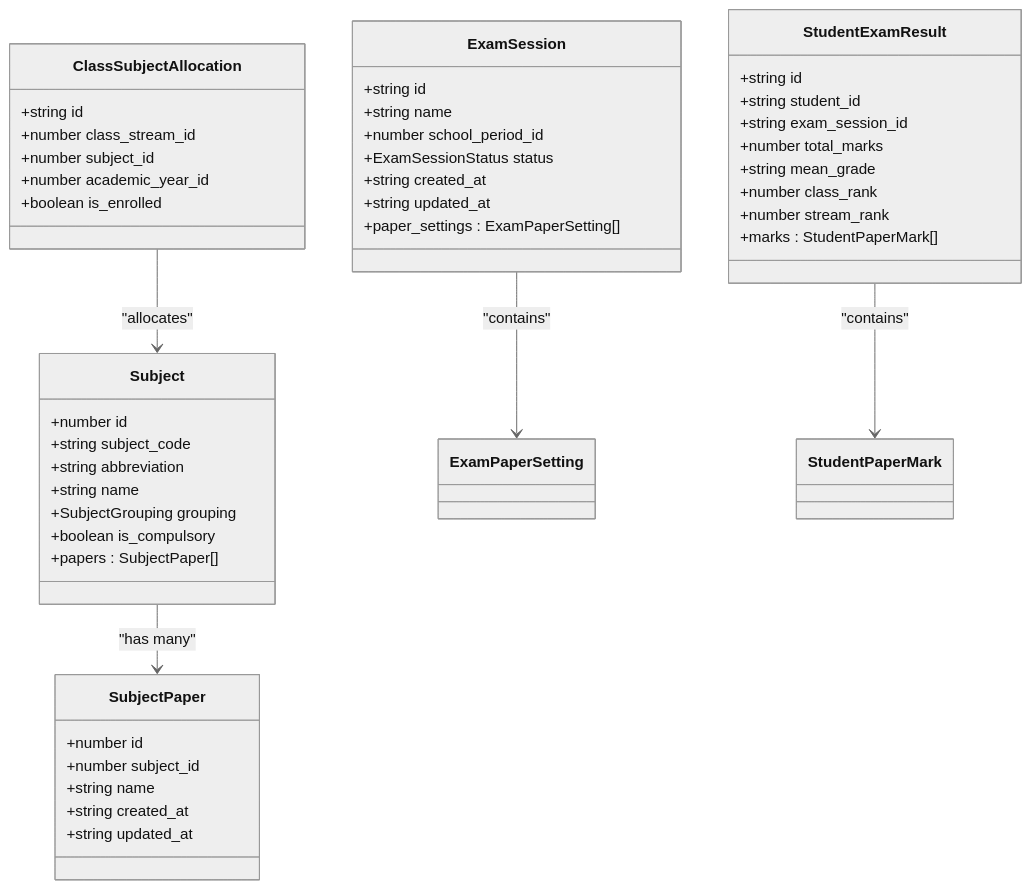
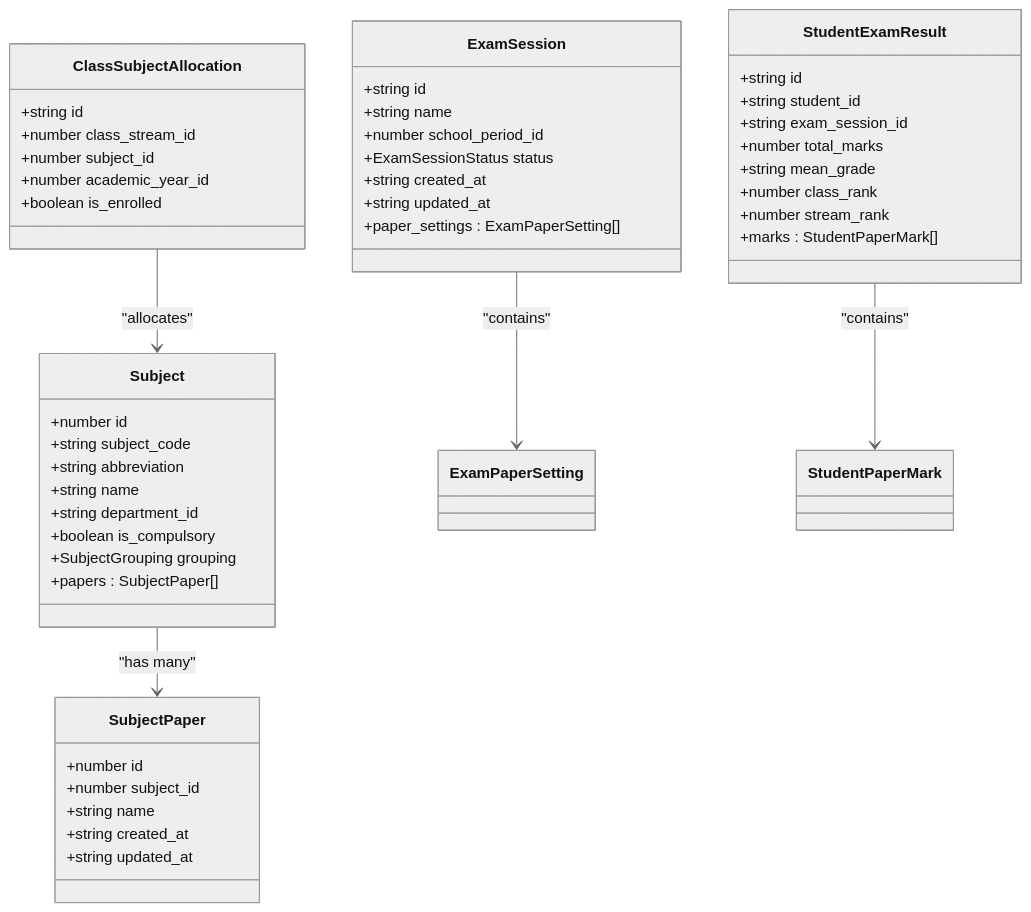
The fourth of 10 diagrams in .qoder/repowiki/en/content/Academic Data Management.md (geniusdynamics/schoolpilot), drawn with Mermaid (neutral theme) before and after one commit. The commit also changed other lines of this file and 16 other files, not shown here.

````diff
--- a/.qoder/repowiki/en/content/Academic Data Management.md
+++ b/.qoder/repowiki/en/content/Academic Data Management.md
@@ -179,49 +204,50 @@
 ```mermaid
 classDiagram
 class Subject {
 +number id
 +string subject_code
 +string abbreviation
 +string name
++string department_id
++boolean is_compulsory
 +SubjectGrouping grouping
-+boolean is_compulsory
 +papers : SubjectPaper[]
 }
 class SubjectPaper {
 +number id
 +number subject_id
 +string name
 +string created_at
 +string updated_at
 }
 class ExamSession {
 +string id
 +string name
 +number school_period_id
 +ExamSessionStatus status
 +string created_at
 +string updated_at
 +paper_settings : ExamPaperSetting[]
 }
 class StudentExamResult {
 +string id
 +string student_id
 +string exam_session_id
 +number total_marks
 +string mean_grade
 +number class_rank
 +number stream_rank
 +marks : StudentPaperMark[]
 }
 class ClassSubjectAllocation {
 +string id
 +number class_stream_id
 +number subject_id
 +number academic_year_id
 +boolean is_enrolled
 }
 Subject --> SubjectPaper : "has many"
 ExamSession --> ExamPaperSetting : "contains"
 StudentExamResult --> StudentPaperMark : "contains"
 ClassSubjectAllocation --> Subject : "allocates"
 ```
````
